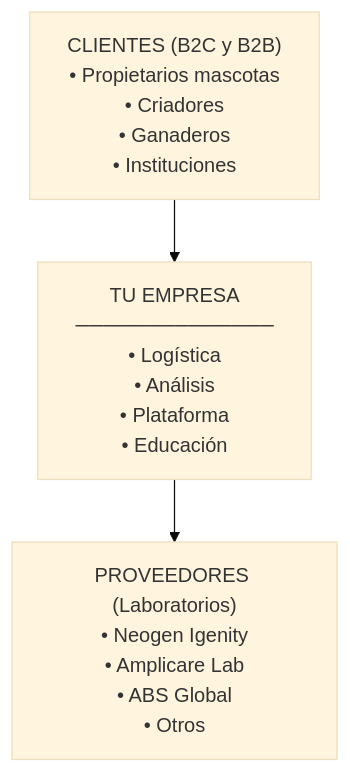
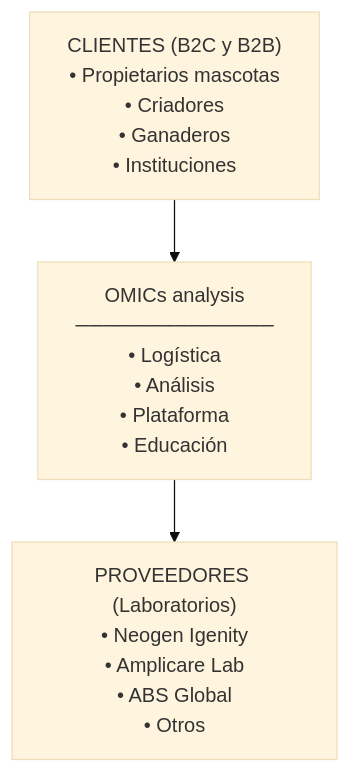
One commit to ecuevasomics/pilot_market changed the diagram in index.qmd. Above: the diagram before and after it, drawn with Mermaid (base theme). The commit also changed other lines of this file and 2 other files, not shown here.

````diff
--- a/index.qmd
+++ b/index.qmd
@@ -465,10 +638,9 @@
 ```{mermaid}
-
 graph TD
     A["CLIENTES (B2C y B2B)<br>• Propietarios mascotas<br>• Criadores<br>• Ganaderos<br>• Instituciones"]
-    B["TU EMPRESA<br>──────────────<br>• Logística<br>• Análisis<br>• Plataforma<br>• Educación"]
+    B["OMICs analysis<br>──────────────<br>• Logística<br>• Análisis<br>• Plataforma<br>• Educación"]
     C["PROVEEDORES (Laboratorios)<br>• Neogen Igenity<br>• Amplicare Lab<br>• ABS Global<br>• Otros"]
 
     A --> B
     B --> C
 ```
````
